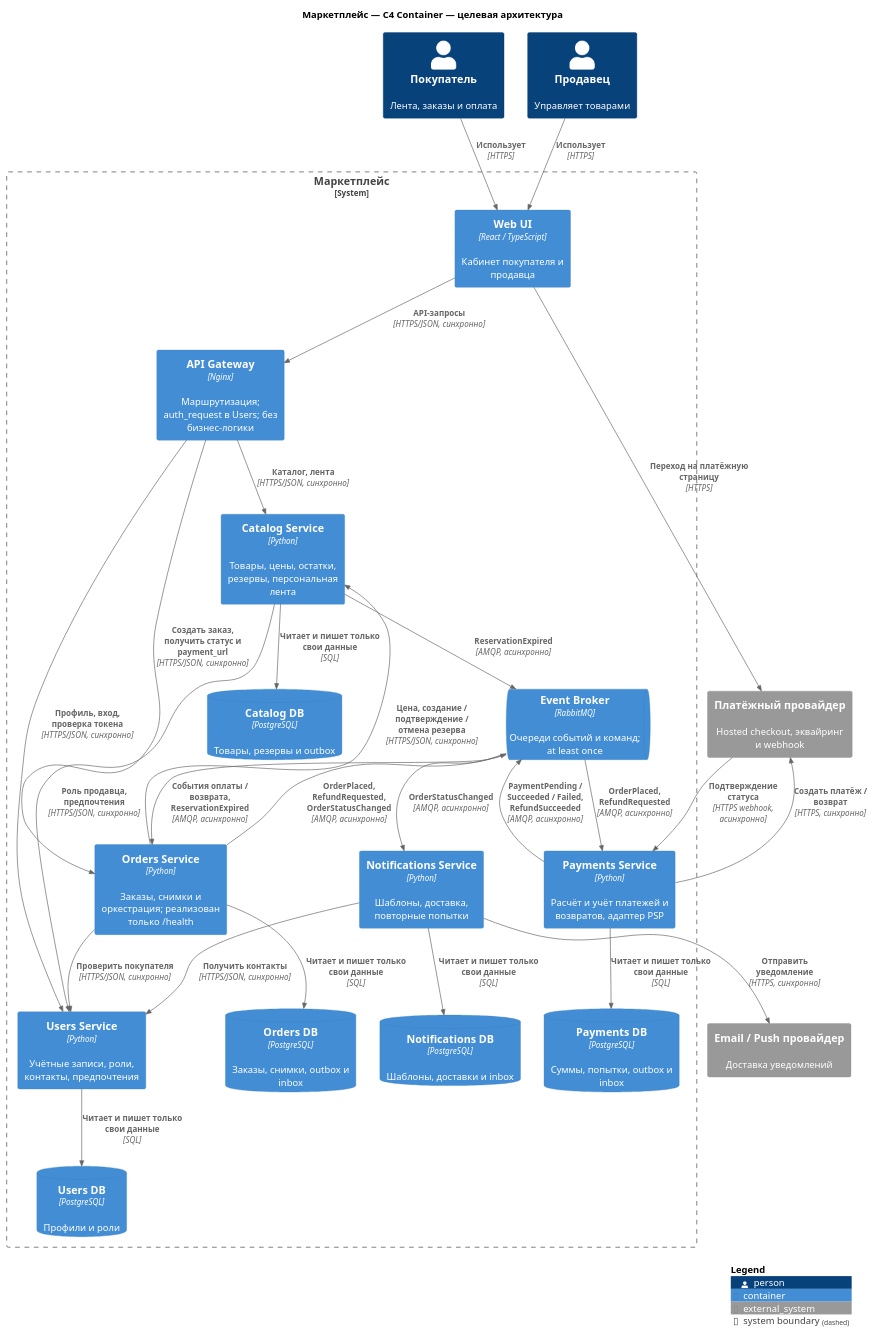
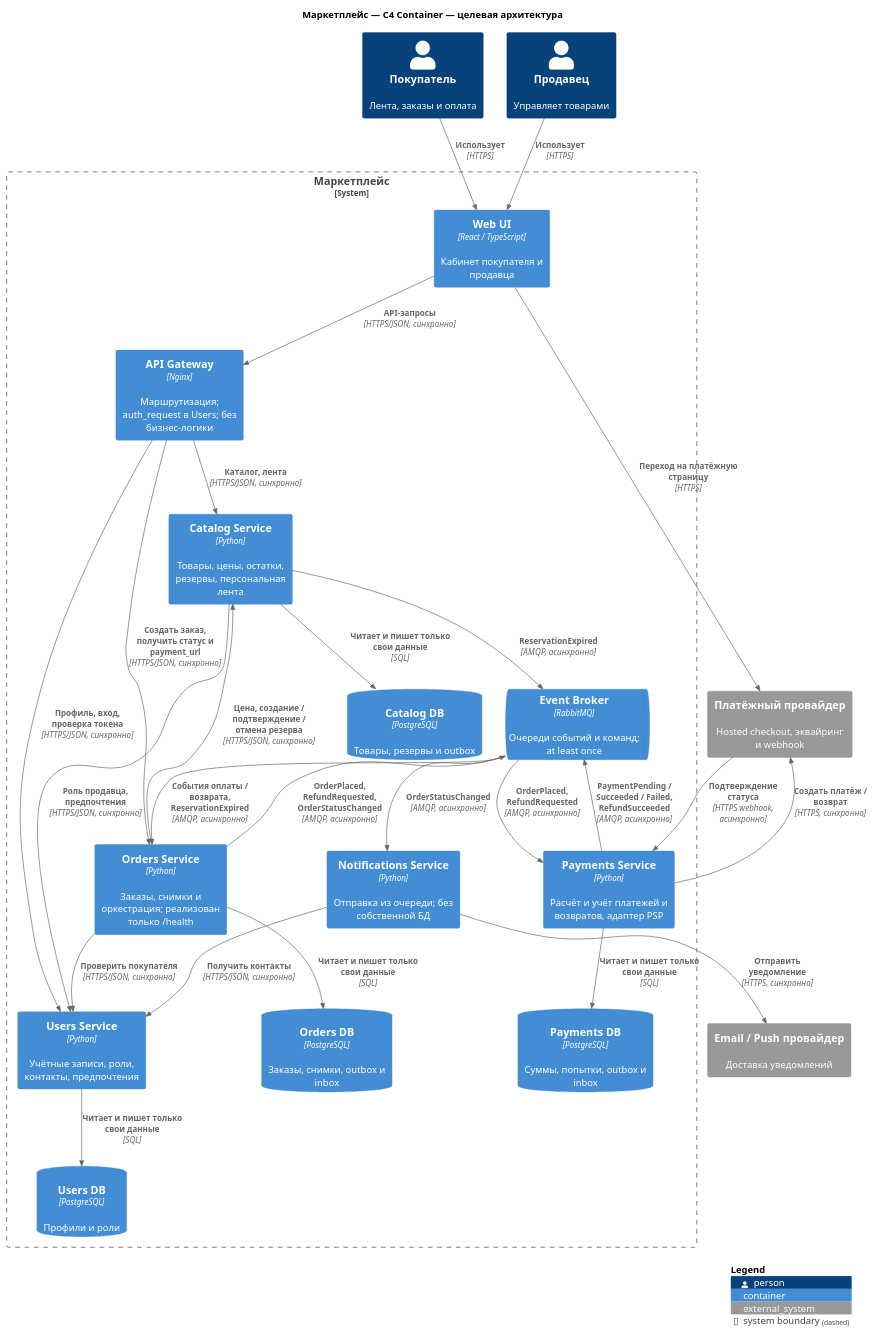
One commit to buziness11/soa changed the diagram in 01_2_балла_Диаграмма/container.puml. Above: the diagram before and after it, drawn with PlantUML. The commit also changed 6 other files, not shown here.

Commit message:
Remove Notifications database from architecture

```diff
--- a/01_2_балла_Диаграмма/container.puml
+++ b/01_2_балла_Диаграмма/container.puml
@@ -1,50 +1,48 @@
 @startuml MarketplaceContainers
 !include <C4/C4_Container>
 LAYOUT_TOP_DOWN()
 title Маркетплейс — C4 Container — целевая архитектура
 Person(buyer, "Покупатель", "Лента, заказы и оплата")
 Person(seller, "Продавец", "Управляет товарами")
 System_Ext(psp, "Платёжный провайдер", "Hosted checkout, эквайринг и webhook")
 System_Ext(provider, "Email / Push провайдер", "Доставка уведомлений")
 System_Boundary(marketplace, "Маркетплейс") {
   Container(ui, "Web UI", "React / TypeScript", "Кабинет покупателя и продавца")
   Container(gateway, "API Gateway", "Nginx", "Маршрутизация; auth_request в Users; без бизнес-логики")
   Container(users, "Users Service", "Python", "Учётные записи, роли, контакты, предпочтения")
   Container(catalog, "Catalog Service", "Python", "Товары, цены, остатки, резервы, персональная лента")
   Container(orders, "Orders Service", "Python", "Заказы, снимки и оркестрация; реализован только /health")
   Container(payments, "Payments Service", "Python", "Расчёт и учёт платежей и возвратов, адаптер PSP")
-  Container(notifications, "Notifications Service", "Python", "Шаблоны, доставка, повторные попытки")
+  Container(notifications, "Notifications Service", "Python", "Отправка из очереди; без собственной БД")
   ContainerQueue(broker, "Event Broker", "RabbitMQ", "Очереди событий и команд; at least once")
   ContainerDb(usersdb, "Users DB", "PostgreSQL", "Профили и роли")
   ContainerDb(catalogdb, "Catalog DB", "PostgreSQL", "Товары, резервы и outbox")
   ContainerDb(ordersdb, "Orders DB", "PostgreSQL", "Заказы, снимки, outbox и inbox")
   ContainerDb(paymentsdb, "Payments DB", "PostgreSQL", "Суммы, попытки, outbox и inbox")
-  ContainerDb(notificationsdb, "Notifications DB", "PostgreSQL", "Шаблоны, доставки и inbox")
 }
 Rel(buyer, ui, "Использует", "HTTPS")
 Rel(seller, ui, "Использует", "HTTPS")
 Rel(ui, gateway, "API-запросы", "HTTPS/JSON, синхронно")
 Rel(gateway, users, "Профиль, вход, проверка токена", "HTTPS/JSON, синхронно")
 Rel(gateway, catalog, "Каталог, лента", "HTTPS/JSON, синхронно")
 Rel(gateway, orders, "Создать заказ, получить статус и payment_url", "HTTPS/JSON, синхронно")
 Rel(catalog, users, "Роль продавца, предпочтения", "HTTPS/JSON, синхронно")
 Rel(orders, users, "Проверить покупателя", "HTTPS/JSON, синхронно")
 Rel(orders, catalog, "Цена, создание / подтверждение / отмена резерва", "HTTPS/JSON, синхронно")
 Rel(notifications, users, "Получить контакты", "HTTPS/JSON, синхронно")
 Rel(users, usersdb, "Читает и пишет только свои данные", "SQL")
 Rel(catalog, catalogdb, "Читает и пишет только свои данные", "SQL")
 Rel(orders, ordersdb, "Читает и пишет только свои данные", "SQL")
 Rel(payments, paymentsdb, "Читает и пишет только свои данные", "SQL")
-Rel(notifications, notificationsdb, "Читает и пишет только свои данные", "SQL")
 Rel(orders, broker, "OrderPlaced, RefundRequested, OrderStatusChanged", "AMQP, асинхронно")
 Rel(broker, payments, "OrderPlaced, RefundRequested", "AMQP, асинхронно")
 Rel(payments, broker, "PaymentPending / Succeeded / Failed, RefundSucceeded", "AMQP, асинхронно")
 Rel(catalog, broker, "ReservationExpired", "AMQP, асинхронно")
 Rel(broker, orders, "События оплаты / возврата, ReservationExpired", "AMQP, асинхронно")
 Rel(broker, notifications, "OrderStatusChanged", "AMQP, асинхронно")
 Rel(payments, psp, "Создать платёж / возврат", "HTTPS, синхронно")
 Rel(psp, payments, "Подтверждение статуса", "HTTPS webhook, асинхронно")
 Rel(ui, psp, "Переход на платёжную страницу", "HTTPS")
 Rel(notifications, provider, "Отправить уведомление", "HTTPS, синхронно")
 SHOW_LEGEND()
 @enduml
```
